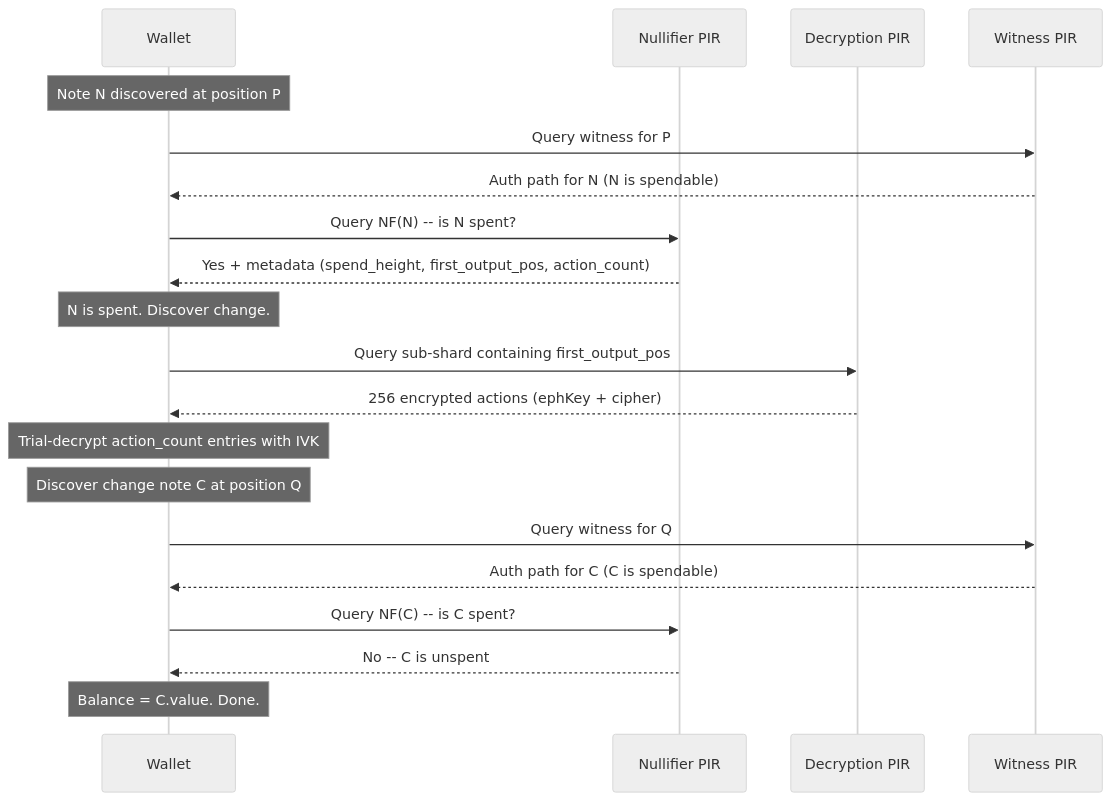
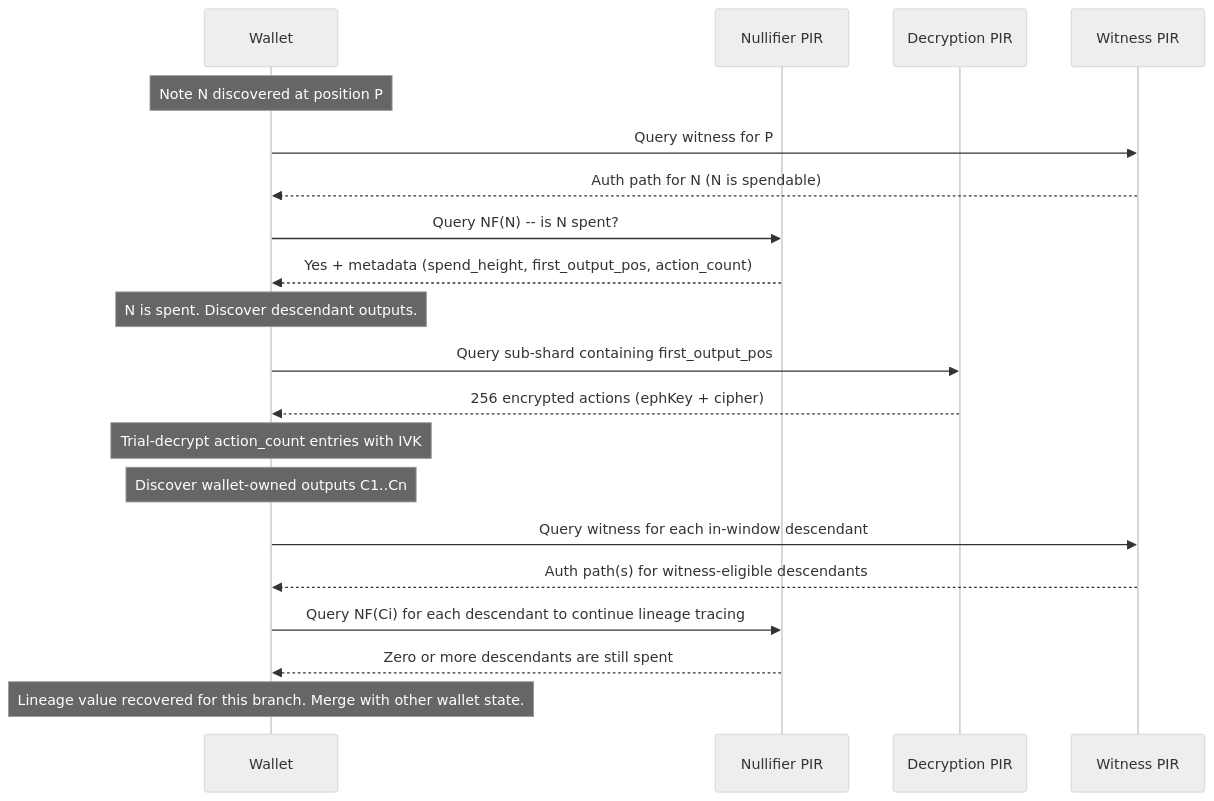
One commit to valargroup/spendability-pir changed the diagram in plans/future/change_note_tracking_design_d3ecb325.plan.md. Above: the diagram before and after it, drawn with Mermaid (neutral theme). The commit also changed other lines of this file and 17 other files, not shown here.

````diff
--- a/plans/future/change_note_tracking_design_d3ecb325.plan.md
+++ b/plans/future/change_note_tracking_design_d3ecb325.plan.md
@@ -120,31 +140,31 @@
 ```mermaid
 sequenceDiagram
     participant W as Wallet
     participant NfPIR as Nullifier PIR
     participant DecPIR as Decryption PIR
     participant WitPIR as Witness PIR
 
     Note over W: Note N discovered at position P
 
     W->>WitPIR: Query witness for P
     WitPIR-->>W: Auth path for N (N is spendable)
 
     W->>NfPIR: Query NF(N) -- is N spent?
     NfPIR-->>W: Yes + metadata (spend_height, first_output_pos, action_count)
 
-    Note over W: N is spent. Discover change.
+    Note over W: N is spent. Discover descendant outputs.
 
     W->>DecPIR: Query sub-shard containing first_output_pos
     DecPIR-->>W: 256 encrypted actions (ephKey + cipher)
 
     Note over W: Trial-decrypt action_count entries with IVK
-    Note over W: Discover change note C at position Q
+    Note over W: Discover wallet-owned outputs C1..Cn
 
-    W->>WitPIR: Query witness for Q
-    WitPIR-->>W: Auth path for C (C is spendable)
+    W->>WitPIR: Query witness for each in-window descendant
+    WitPIR-->>W: Auth path(s) for witness-eligible descendants
 
-    W->>NfPIR: Query NF(C) -- is C spent?
-    NfPIR-->>W: No -- C is unspent
+    W->>NfPIR: Query NF(Ci) for each descendant to continue lineage tracing
+    NfPIR-->>W: Zero or more descendants are still spent
 
-    Note over W: Balance = C.value. Done.
+    Note over W: Lineage value recovered for this branch. Merge with other wallet state.
 ```
````
